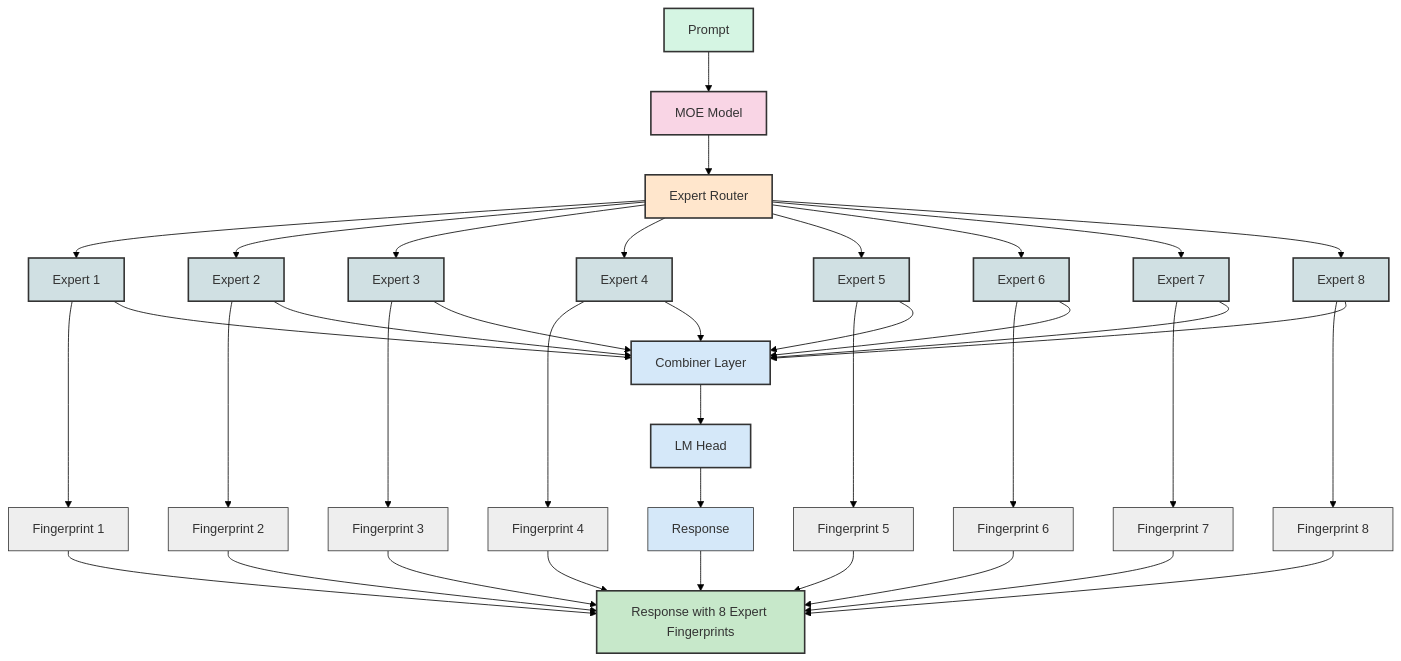
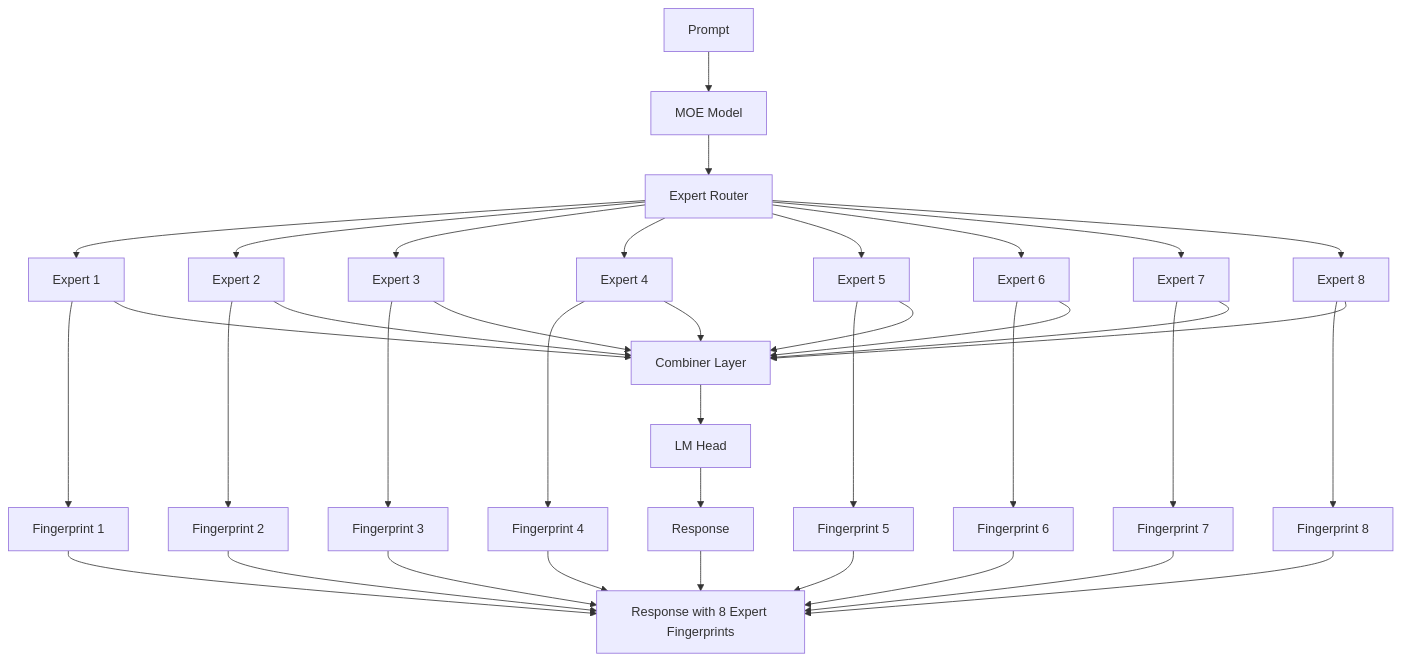
The fourth of 5 diagrams in VERIFICATION_README.md (context-labs/sglang), drawn with Mermaid before and after one commit. The commit also changed other lines of this file, not shown here.

Commit message:
fixed the mermaid diagram colors

````diff
--- a/VERIFICATION_README.md
+++ b/VERIFICATION_README.md
@@ -193,69 +177,45 @@
 ```mermaid
-%%{init: {'theme': 'base', 'themeVariables': { 'background': '#ffffff' }}}%%
 graph TD
     P[Prompt] --> A[MOE Model]
     A --> Router[Expert Router]
     Router --> E1[Expert 1]
     Router --> E2[Expert 2]
     Router --> E3[Expert 3]
     Router --> E4[Expert 4]
     Router --> E5[Expert 5]
     Router --> E6[Expert 6]
     Router --> E7[Expert 7]
     Router --> E8[Expert 8]
 
     E1 --> F1[Fingerprint 1]
     E2 --> F2[Fingerprint 2]
     E3 --> F3[Fingerprint 3]
     E4 --> F4[Fingerprint 4]
     E5 --> F5[Fingerprint 5]
     E6 --> F6[Fingerprint 6]
     E7 --> F7[Fingerprint 7]
     E8 --> F8[Fingerprint 8]
 
     E1 --> C[Combiner Layer]
     E2 --> C
     E3 --> C
     E4 --> C
     E5 --> C
     E6 --> C
     E7 --> C
     E8 --> C
 
     C --> L[LM Head]
     L --> R[Response]
 
     F1 --> FP[Response with 8 Expert Fingerprints]
     F2 --> FP
     F3 --> FP
     F4 --> FP
     F5 --> FP
     F6 --> FP
     F7 --> FP
     F8 --> FP
     R --> FP
 
-    style P fill:#d5f5e3,stroke:#333,stroke-width:2px
-    style A fill:#f9d5e5,stroke:#333,stroke-width:2px
-    style Router fill:#ffe6cc,stroke:#333,stroke-width:2px
-    style E1 fill:#d0e0e3,stroke:#333,stroke-width:2px
-    style E2 fill:#d0e0e3,stroke:#333,stroke-width:2px
-    style E3 fill:#d0e0e3,stroke:#333,stroke-width:2px
-    style E4 fill:#d0e0e3,stroke:#333,stroke-width:2px
-    style E5 fill:#d0e0e3,stroke:#333,stroke-width:2px
-    style E6 fill:#d0e0e3,stroke:#333,stroke-width:2px
-    style E7 fill:#d0e0e3,stroke:#333,stroke-width:2px
-    style E8 fill:#d0e0e3,stroke:#333,stroke-width:2px
-    style F1 fill:#eeeeee,stroke:#333,stroke-width:1px
-    style F2 fill:#eeeeee,stroke:#333,stroke-width:1px
-    style F3 fill:#eeeeee,stroke:#333,stroke-width:1px
-    style F4 fill:#eeeeee,stroke:#333,stroke-width:1px
-    style F5 fill:#eeeeee,stroke:#333,stroke-width:1px
-    style F6 fill:#eeeeee,stroke:#333,stroke-width:1px
-    style F7 fill:#eeeeee,stroke:#333,stroke-width:1px
-    style F8 fill:#eeeeee,stroke:#333,stroke-width:1px
-    style C fill:#d5e8f9,stroke:#333,stroke-width:2px
-    style L fill:#d5e8f9,stroke:#333,stroke-width:2px
-    style R fill:#d5e8f9,stroke:#333,stroke-width:1px
-    style FP fill:#c7e8ca,stroke:#333,stroke-width:2px
 ```
````
